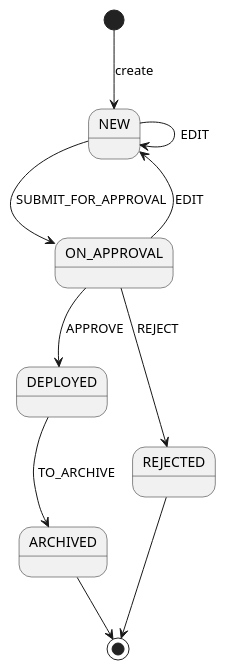
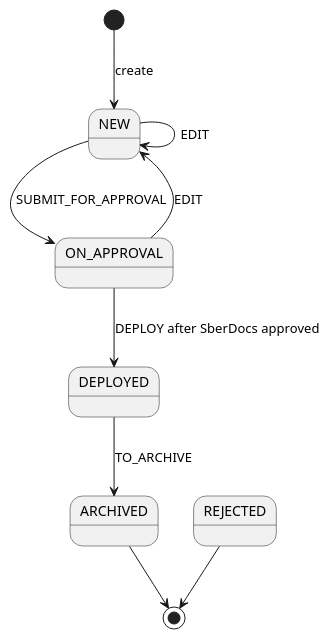
One commit to shuhart75/changeswork-copy changed the diagram in features/deployments/slices/lifecycle/requirements/backend.md. Above: the diagram before and after it, drawn with PlantUML. The commit also changed other lines of this file and 90 other files, not shown here.

````diff
--- a/features/deployments/slices/lifecycle/requirements/backend.md
+++ b/features/deployments/slices/lifecycle/requirements/backend.md
@@ -26,13 +26,12 @@
 ```plantuml
 @startuml
 [*] --> NEW : create
 NEW --> NEW : EDIT
 NEW --> ON_APPROVAL : SUBMIT_FOR_APPROVAL
 ON_APPROVAL --> NEW : EDIT
-ON_APPROVAL --> DEPLOYED : APPROVE
-ON_APPROVAL --> REJECTED : REJECT
+ON_APPROVAL --> DEPLOYED : DEPLOY after SberDocs approved
 DEPLOYED --> ARCHIVED : TO_ARCHIVE
 REJECTED --> [*]
 ARCHIVED --> [*]
 @enduml
 ```
````
